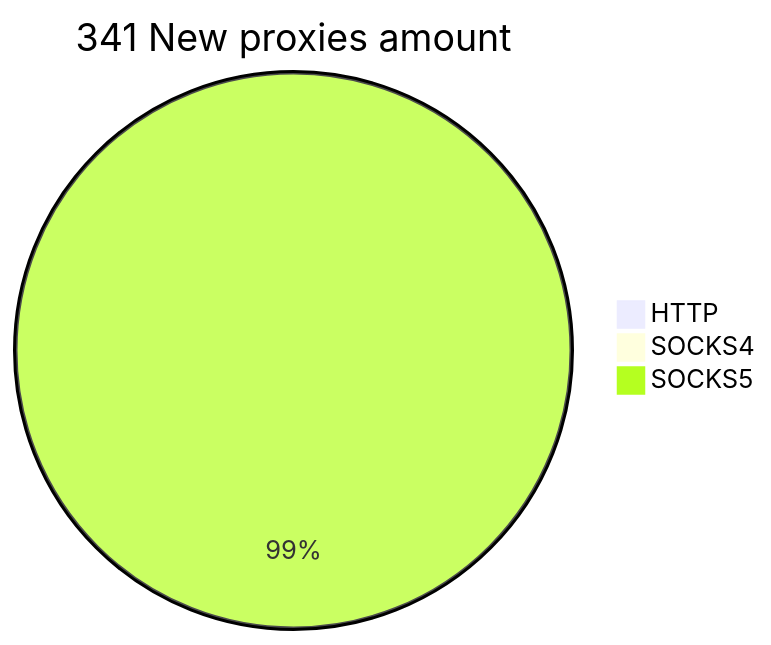
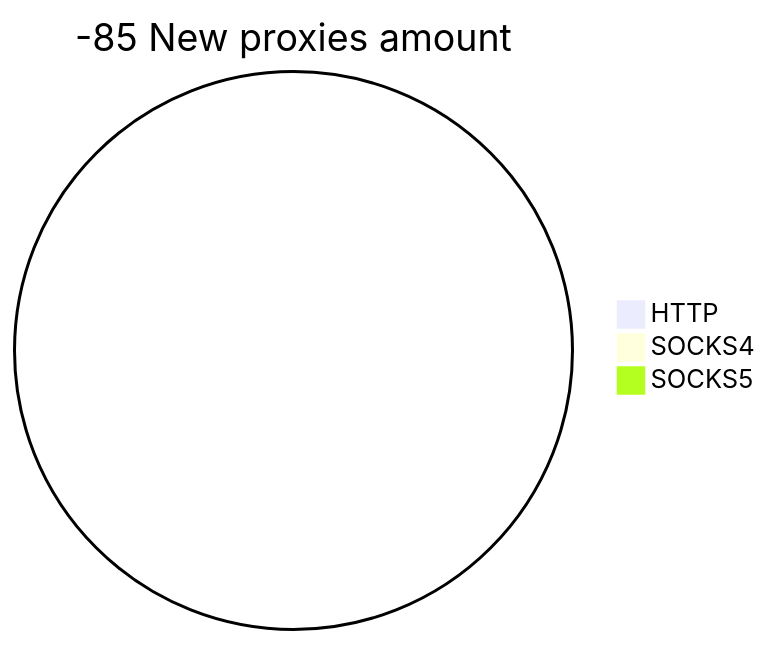
The second of 2 diagrams in README.md (cutipu/proxylist), drawn with Mermaid before and after one commit. The commit also changed other lines of this file, not shown here.

````diff
--- a/README.md
+++ b/README.md
@@ -10,6 +10,6 @@
 ```mermaid
-pie title 341 New proxies amount
+pie title -85 New proxies amount
     "HTTP" : 0
-    "SOCKS4" : 3
-    "SOCKS5" : 338
+    "SOCKS4" : 0
+    "SOCKS5" : 0
 ```
````
